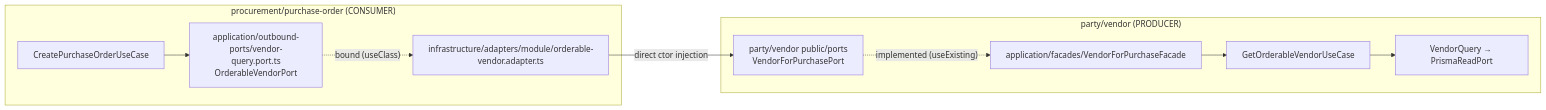
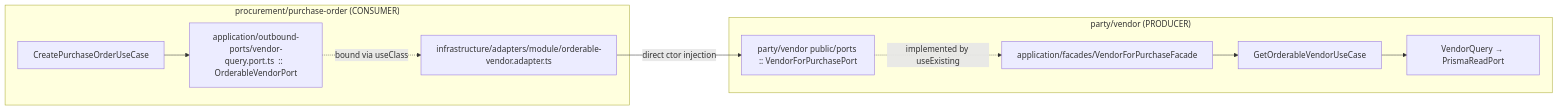
Before and after one commit to ashrafemon/ddd-boilerplate: the third of 3 diagrams in docs/FLOWCHARTS.md, drawn with Mermaid. The commit also changed other lines of this file and 4 other files, not shown here.

````diff
--- a/docs/FLOWCHARTS.md
+++ b/docs/FLOWCHARTS.md
@@ -132,12 +133,12 @@
 ```mermaid
 flowchart LR
     subgraph PO["procurement/purchase-order (CONSUMER)"]
-        UCX[CreatePurchaseOrderUseCase] --> OBP["application/outbound-ports/vendor-query.port.ts\nOrderableVendorPort"]
-        OBP -. "bound (useClass)" .-> ADA["infrastructure/adapters/module/orderable-vendor.adapter.ts"]
+        UCX[CreatePurchaseOrderUseCase] --> OBP["application/outbound-ports/vendor-query.port.ts  ::  OrderableVendorPort"]
+        OBP -.->|bound via useClass| ADA["infrastructure/adapters/module/orderable-vendor.adapter.ts"]
     end
-    ADA -->|direct ctor injection| PUB["party/vendor public/ports\nVendorForPurchasePort"]
+    ADA -->|direct ctor injection| PUB["party/vendor public/ports :: VendorForPurchasePort"]
     subgraph VEN["party/vendor (PRODUCER)"]
-        PUB -. "implemented (useExisting)" .-> FAC[application/facades/VendorForPurchaseFacade]
+        PUB -.->|implemented by useExisting| FAC[application/facades/VendorForPurchaseFacade]
         FAC --> QUC[GetOrderableVendorUseCase] --> QR[VendorQuery → PrismaReadPort]
     end
 ```
````
